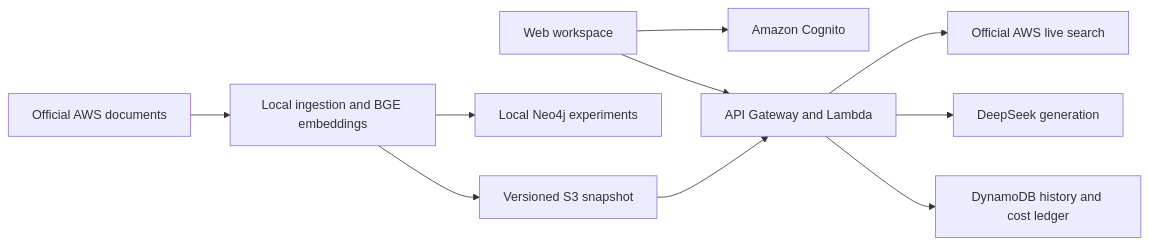
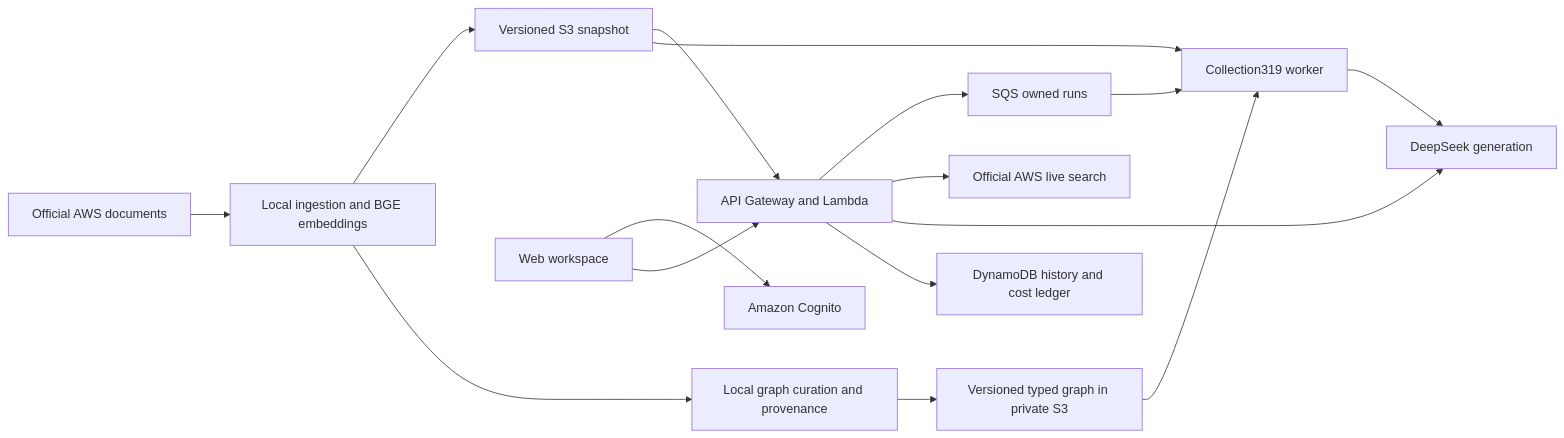
Before and after one commit to LePhuQuy05/enterprise-knowledge-graph-assistant: the diagram in README.md, drawn with Mermaid. The commit also changed other lines of this file and 703 other files, not shown here.

````diff
--- a/README.md
+++ b/README.md
@@ -27,12 +27,18 @@
 ```mermaid
 flowchart LR
     Docs[Official AWS documents] --> Local[Local ingestion and BGE embeddings]
     Local --> Snapshot[Versioned S3 snapshot]
-    Local --> Graph[Local Neo4j experiments]
+    Local --> Graph[Local graph curation and provenance]
+    Graph --> GraphSnapshot[Versioned typed graph in private S3]
     Browser[Web workspace] --> Auth[Amazon Cognito]
     Browser --> API[API Gateway and Lambda]
     Snapshot --> API
+    API --> Queue[SQS owned runs]
+    Queue --> Worker[Collection319 worker]
+    Snapshot --> Worker
+    GraphSnapshot --> Worker
+    Worker --> LLM
     API --> Search[Official AWS live search]
     API --> LLM[DeepSeek generation]
     API --> State[DynamoDB history and cost ledger]
 ```
````
